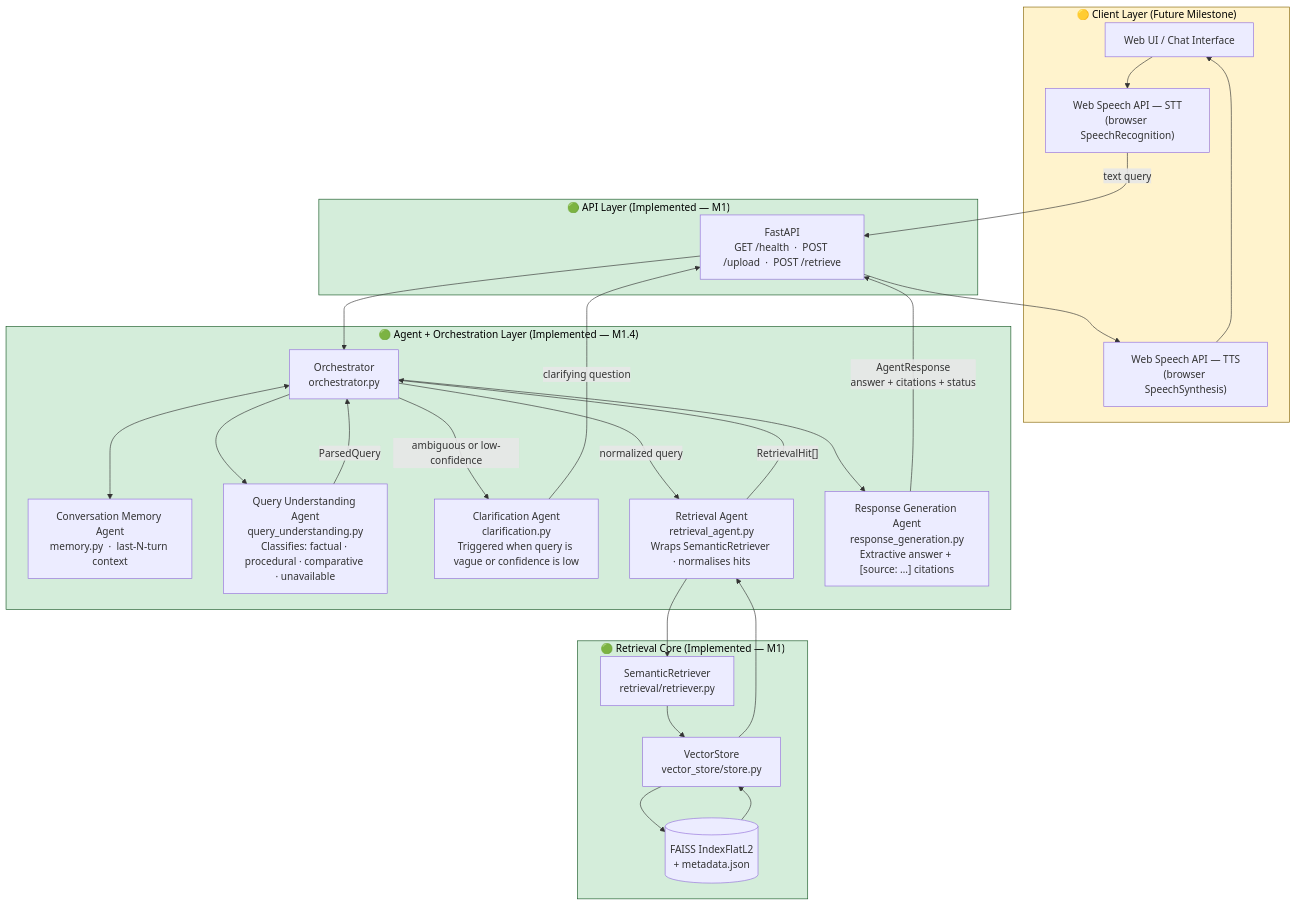
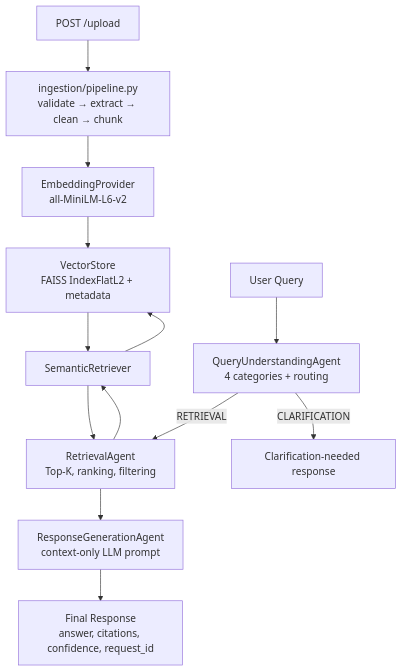
One commit to Jhansi1717/rag-multi-agent-knowledge-assistant changed the diagram in architecture/system-architecture.md. Above: the diagram before and after it, drawn with Mermaid. The commit also changed other lines of this file and 35 other files, not shown here.

Commit message:
feat: implement milestone 2 multi-agent query resolution

````diff
--- a/architecture/system-architecture.md
+++ b/architecture/system-architecture.md
@@ -10,52 +9,22 @@
 ```mermaid
 flowchart TB
-    subgraph CLIENT["🟡 Client Layer  (Future Milestone)"]
-        UI["Web UI / Chat Interface"]
-        STT["Web Speech API — STT\n(browser SpeechRecognition)"]
-        TTS["Web Speech API — TTS\n(browser SpeechSynthesis)"]
-    end
+    UPLOAD["POST /upload"]
+    PIPE["ingestion/pipeline.py\nvalidate → extract → clean → chunk"]
+    EMBED["EmbeddingProvider\nall-MiniLM-L6-v2"]
+    STORE["VectorStore\nFAISS IndexFlatL2 + metadata"]
+    QUERY["User Query"]
+    QU["QueryUnderstandingAgent\n4 categories + routing"]
+    RET["RetrievalAgent\nTop-K, ranking, filtering"]
+    SR["SemanticRetriever"]
+    RG["ResponseGenerationAgent\ncontext-only LLM prompt"]
+    FINAL["Final Response\nanswer, citations, confidence, request_id"]
+    CLAR["Clarification-needed response"]
 
-    subgraph API_LAYER["🟢 API Layer  (Implemented — M1)"]
-        API["FastAPI\nGET /health  ·  POST /upload  ·  POST /retrieve"]
-    end
-
-    subgraph AGENT_LAYER["🟢 Agent + Orchestration Layer  (Implemented — M1.4)"]
-        ORCH["Orchestrator\norchestrator.py"]
-        MEM["Conversation Memory Agent\nmemory.py  ·  last-N-turn context"]
-        QU["Query Understanding Agent\nquery_understanding.py\nClassifies: factual · procedural · comparative · unavailable"]
-        CLAR["Clarification Agent\nclarification.py\nTriggered when query is vague or confidence is low"]
-        RA["Retrieval Agent\nretrieval_agent.py\nWraps SemanticRetriever · normalises hits"]
-        RG["Response Generation Agent\nresponse_generation.py\nExtractive answer + [source: …] citations"]
-    end
-
-    subgraph RETRIEVAL["🟢 Retrieval Core  (Implemented — M1)"]
-        SR["SemanticRetriever\nretrieval/retriever.py"]
-        VS["VectorStore\nvector_store/store.py"]
-        VDB[("FAISS IndexFlatL2\n+ metadata.json")]
-    end
-
-    UI --> STT
-    STT -->|"text query"| API
-    API --> ORCH
-    ORCH <--> MEM
-    ORCH --> QU
-    QU -->|"ParsedQuery"| ORCH
-    ORCH -->|"ambiguous or low-confidence"| CLAR
-    CLAR -->|"clarifying question"| API
-    ORCH -->|"normalized query"| RA
-    RA --> SR
-    SR --> VS
-    VS --> VDB
-    VDB --> VS
-    VS --> RA
-    RA -->|"RetrievalHit[]"| ORCH
-    ORCH --> RG
-    RG -->|"AgentResponse\nanswer + citations + status"| API
-    API --> TTS
-    TTS --> UI
-
-    style CLIENT fill:#fff3cd,stroke:#856404,color:#000
-    style API_LAYER fill:#d4edda,stroke:#155724,color:#000
-    style AGENT_LAYER fill:#d4edda,stroke:#155724,color:#000
-    style RETRIEVAL fill:#d4edda,stroke:#155724,color:#000
+    UPLOAD --> PIPE --> EMBED --> STORE
+    QUERY --> QU
+    QU -->|"RETRIEVAL"| RET
+    RET --> SR --> STORE
+    STORE --> SR --> RET
+    RET --> RG --> FINAL
+    QU -->|"CLARIFICATION"| CLAR
 ```
````
